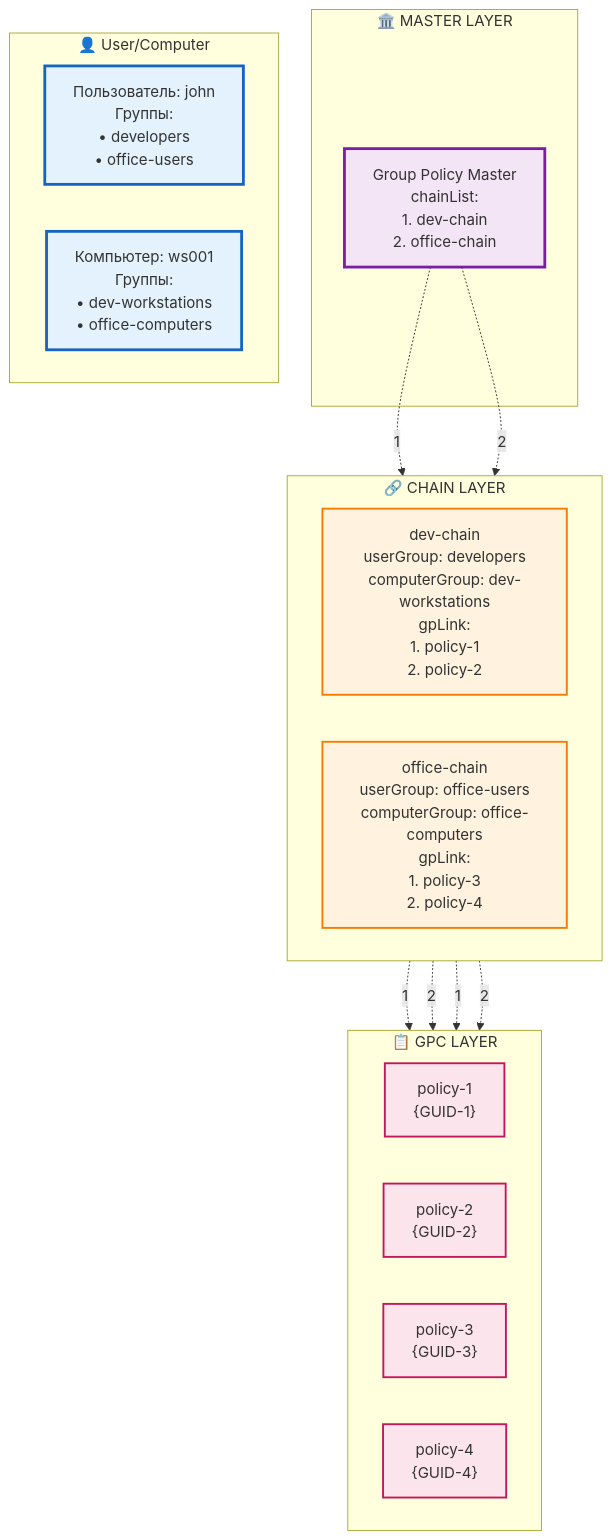
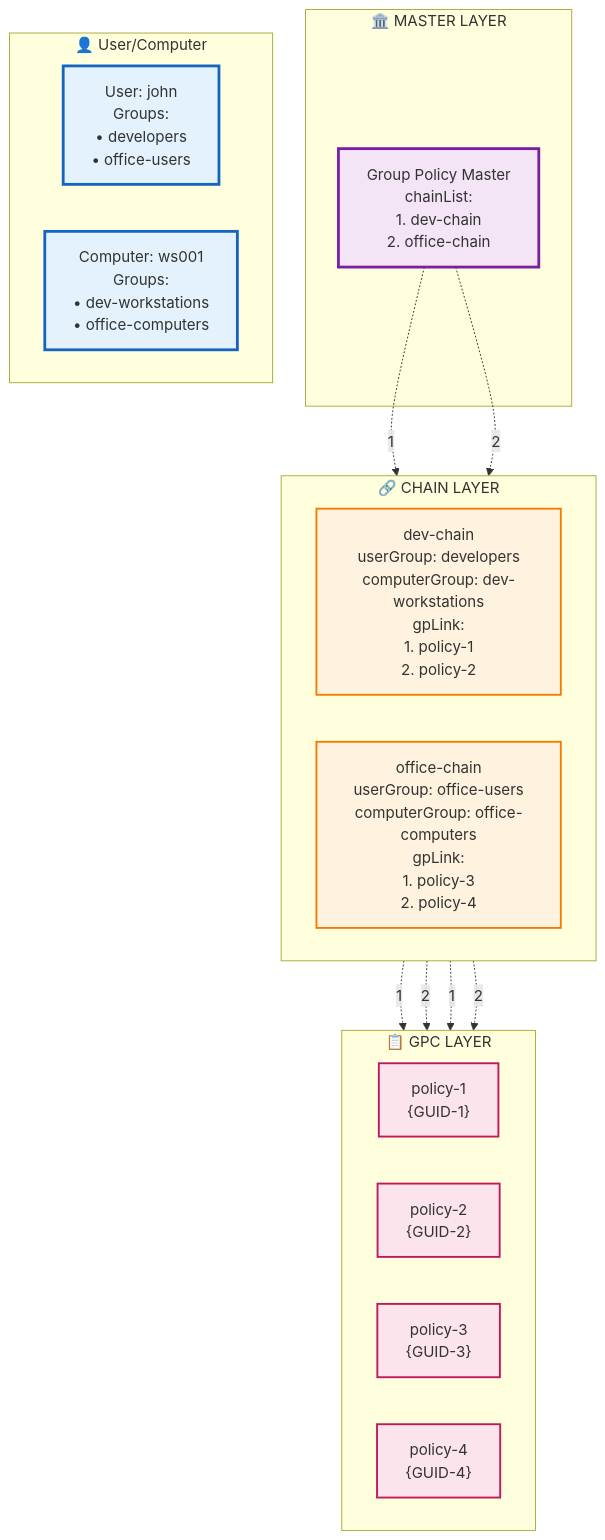
One commit to danila-Skachedubov/freeipa-server-gpo changed the diagram in README.md. Above: the diagram before and after it, drawn with Mermaid. The commit also changed other lines of this file and 1 other file, not shown here.

````diff
--- a/README.md
+++ b/README.md
@@ -68,44 +68,44 @@
 ```mermaid
 graph TD
     classDef userClass fill:#e3f2fd,stroke:#1565c0,stroke-width:3px
     classDef masterClass fill:#f3e5f5,stroke:#7b1fa2,stroke-width:3px
     classDef chainClass fill:#fff3e0,stroke:#f57c00,stroke-width:2px
     classDef gpcClass fill:#fce4ec,stroke:#c2185b,stroke-width:2px
     classDef resultClass fill:#e8f5e8,stroke:#2e7d32,stroke-width:3px
 
     subgraph MasterLayer ["🏛️ MASTER LAYER"]
         Master["Group Policy Master<br/>chainList:<br/>1. dev-chain<br/>2. office-chain"]
     end
 
     subgraph ChainLayer ["🔗 CHAIN LAYER"]
         direction LR
         ChainDev["dev-chain<br/>userGroup: developers<br/>computerGroup: dev-workstations<br/>gpLink:<br/>1. policy-1<br/>2. policy-2"]
         ChainOffice["office-chain<br/>userGroup: office-users<br/>computerGroup: office-computers<br/>gpLink:<br/>1. policy-3<br/>2. policy-4"]
     end
 
     subgraph GPCLayer ["📋 GPC LAYER"]
         direction LR
         GPC1["policy-1<br/>{GUID-1}"]
         GPC2["policy-2<br/>{GUID-2}"]
         GPC3["policy-3<br/>{GUID-3}"]
         GPC4["policy-4<br/>{GUID-4}"]
     end
 
     subgraph UserSide ["👤 User/Computer"]
-        User["Пользователь: john<br/>Группы:<br/>• developers<br/>• office-users"]
-        Computer["Компьютер: ws001<br/>Группы:<br/>• dev-workstations<br/>• office-computers"]
+        User["User: john<br/>Groups:<br/>• developers<br/>• office-users"]
+        Computer["Computer: ws001<br/>Groups:<br/>• dev-workstations<br/>• office-computers"]
     end
 
     Master -.->|"1"| ChainDev
     Master -.->|"2"| ChainOffice
 
     ChainDev -.->|"1"| GPC1
     ChainDev -.->|"2"| GPC2
     ChainOffice -.->|"1"| GPC3
     ChainOffice -.->|"2"| GPC4
 
     class Master masterClass
     class ChainDev,ChainOffice chainClass
     class GPC1,GPC2,GPC3,GPC4 gpcClass
     class User,Computer userClass
 ```
````
